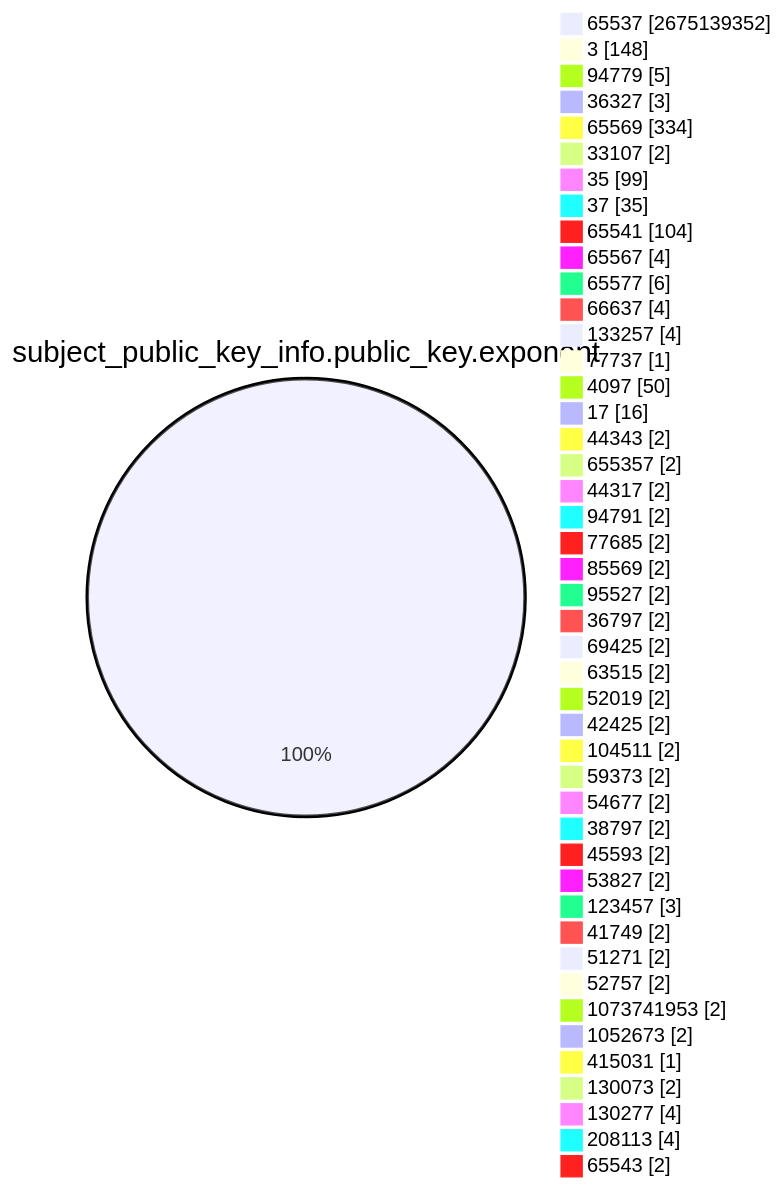
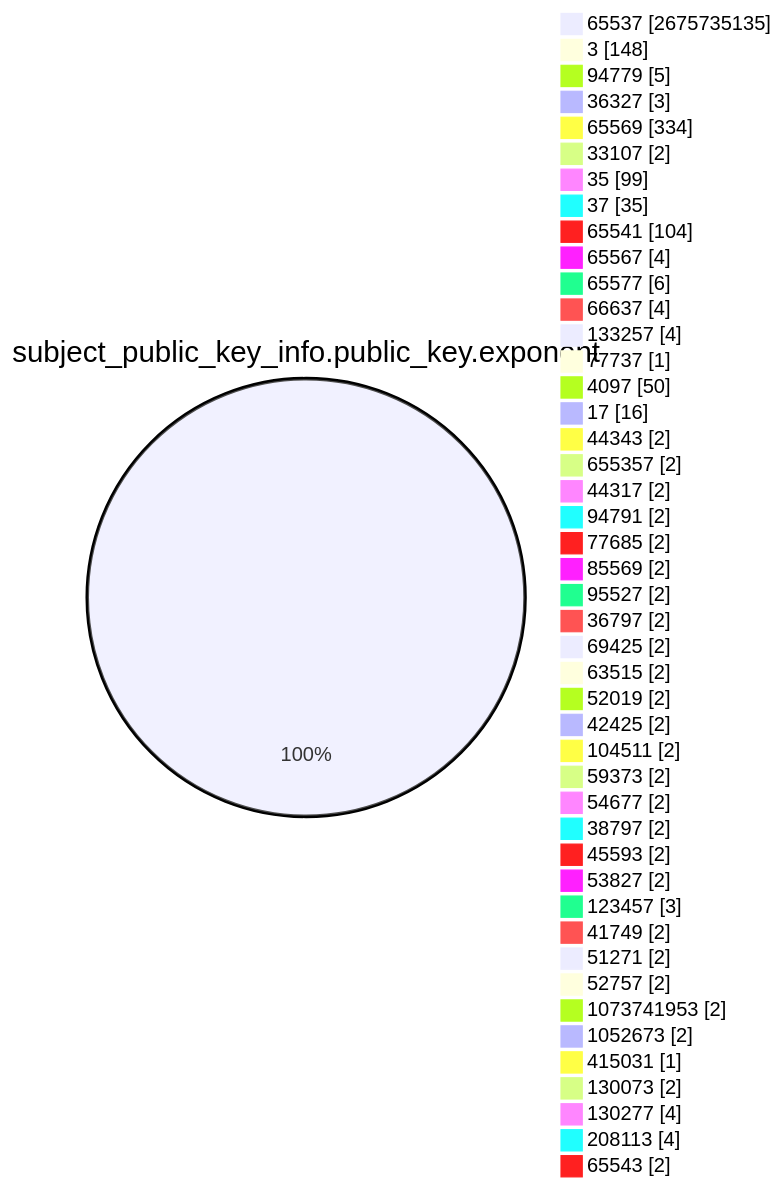
One commit to christiankrug/ctmonitor_visualization changed the fourth of 15 diagrams in TOTAL/README.md. Above: the diagram before and after it, drawn with Mermaid. The commit also changed other lines of this file, not shown here.

````diff
--- a/TOTAL/README.md
+++ b/TOTAL/README.md
@@ -1467,49 +1467,49 @@
 ```mermaid
 pie showData
 title subject_public_key_info.public_key.exponent
-"65537" :2675139352
+"65537" :2675735135
 "3" :148
 "94779" :5
 "36327" :3
 "65569" :334
 "33107" :2
 "35" :99
 "37" :35
 "65541" :104
 "65567" :4
 "65577" :6
 "66637" :4
 "133257" :4
 "77737" :1
 "4097" :50
 "17" :16
 "44343" :2
 "655357" :2
 "44317" :2
 "94791" :2
 "77685" :2
 "85569" :2
 "95527" :2
 "36797" :2
 "69425" :2
 "63515" :2
 "52019" :2
 "42425" :2
 "104511" :2
 "59373" :2
 "54677" :2
 "38797" :2
 "45593" :2
 "53827" :2
 "123457" :3
 "41749" :2
 "51271" :2
 "52757" :2
 "1073741953" :2
 "1052673" :2
 "415031" :1
 "130073" :2
 "130277" :4
 "208113" :4
 "65543" :2
 ```
````
